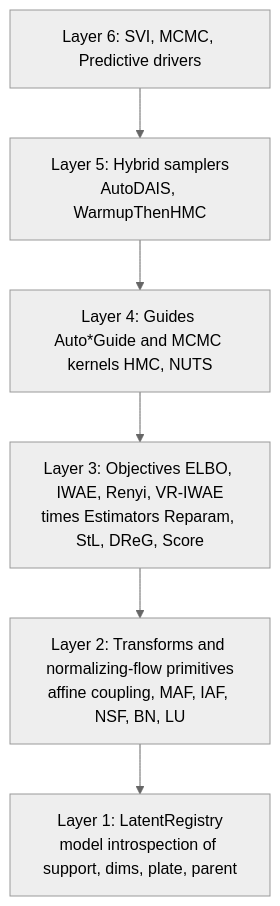
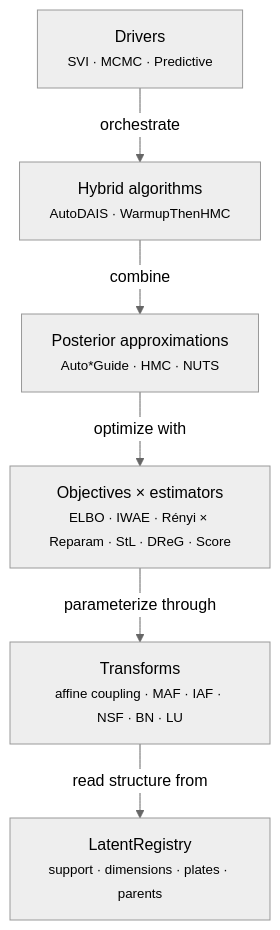
One commit to FACTSlab/quivers changed the first of 2 diagrams in docs/guides/inference-foundations.md. Above: the diagram before and after it, drawn with Mermaid (neutral theme). The commit also changed other lines of this file and 106 other files, not shown here.

````diff
--- a/docs/guides/inference-foundations.md
+++ b/docs/guides/inference-foundations.md
@@ -17,10 +17,13 @@
 ```mermaid
 flowchart TB
-    L6["Layer 6: SVI, MCMC, Predictive drivers"]
-    L5["Layer 5: Hybrid samplers<br/>AutoDAIS, WarmupThenHMC"]
-    L4["Layer 4: Guides Auto*Guide and MCMC kernels HMC, NUTS"]
-    L3["Layer 3: Objectives ELBO, IWAE, Renyi, VR-IWAE<br/>times Estimators Reparam, StL, DReG, Score"]
-    L2["Layer 2: Transforms and normalizing-flow primitives<br/>affine coupling, MAF, IAF, NSF, BN, LU"]
-    L1["Layer 1: LatentRegistry<br/>model introspection of support, dims, plate, parent"]
-    L6 --> L5 --> L4 --> L3 --> L2 --> L1
+    L6["Drivers<br/><small>SVI · MCMC · Predictive</small>"]
+    L5["Hybrid algorithms<br/><small>AutoDAIS · WarmupThenHMC</small>"]
+    L4["Posterior approximations<br/><small>Auto*Guide · HMC · NUTS</small>"]
+    L3["Objectives × estimators<br/><small>ELBO · IWAE · Rényi × Reparam · StL · DReG · Score</small>"]
+    L2["Transforms<br/><small>affine coupling · MAF · IAF · NSF · BN · LU</small>"]
+    L1["LatentRegistry<br/><small>support · dimensions · plates · parents</small>"]
+    L6 -->|orchestrate| L5 -->|combine| L4 -->|optimize with| L3 -->|parameterize through| L2 -->|read structure from| L1
+    class L6,L5 qv-output
+    class L4,L3 qv-checked
+    class L2,L1 qv-foundation
 ```
````
